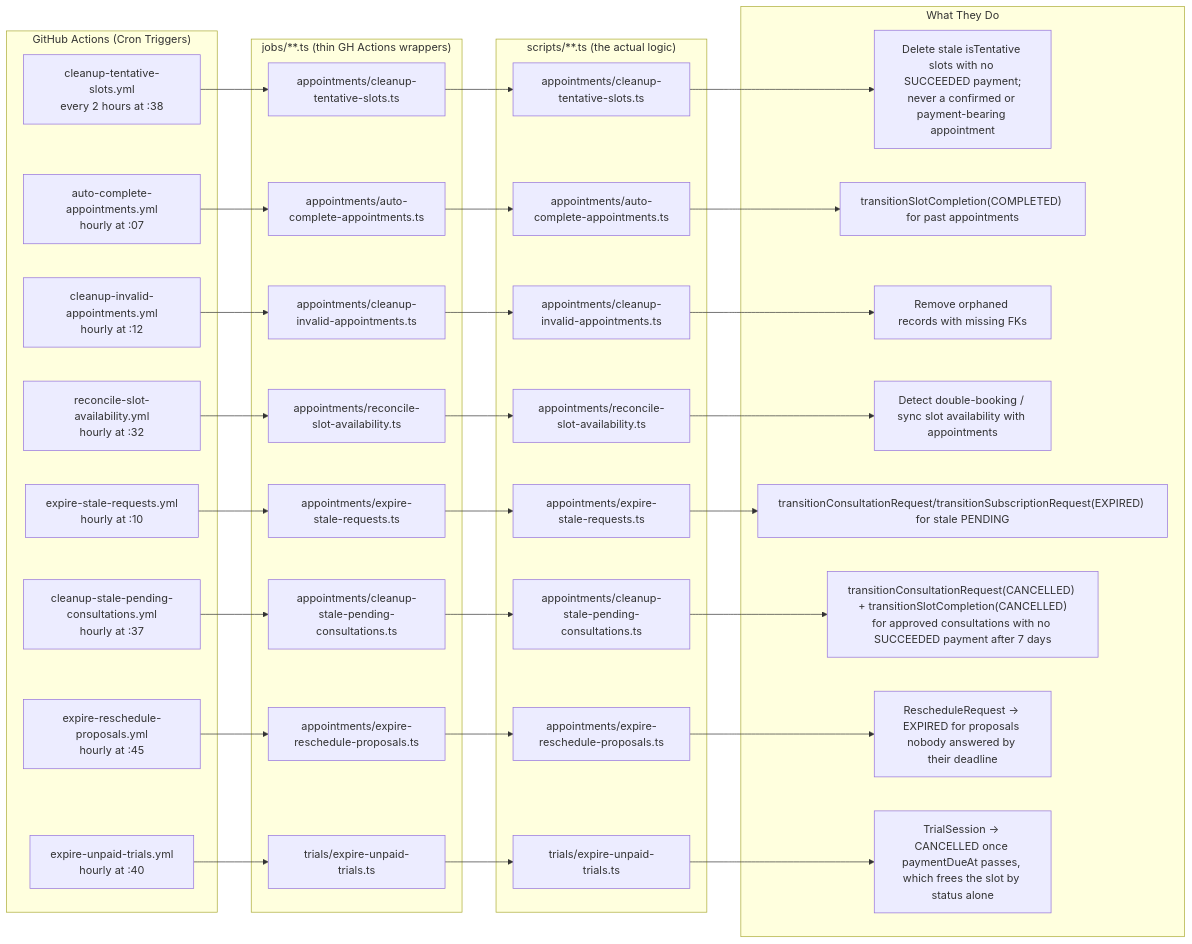
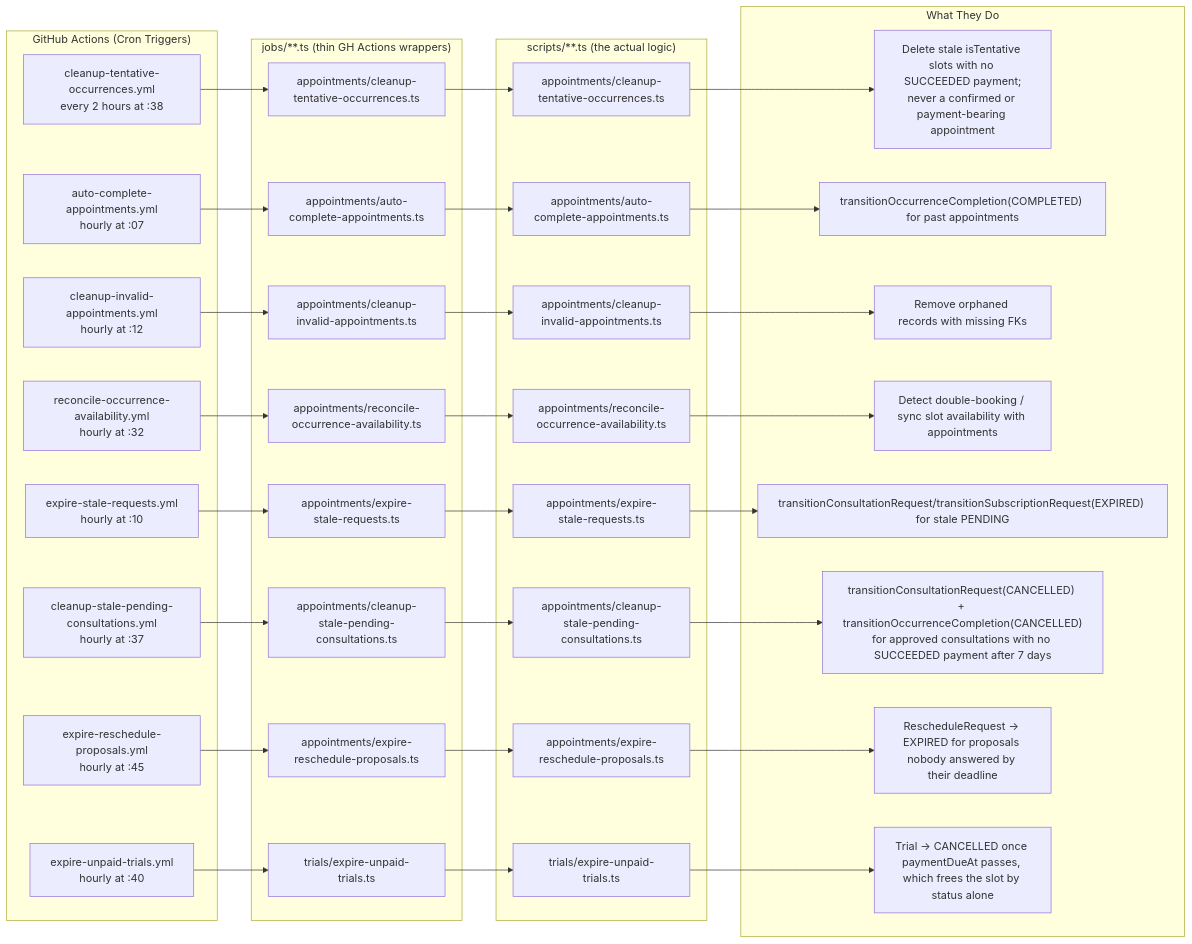
The fifth of 6 diagrams in docs/booking/06-dependency-graphs.md (Practitionist/familiarise_web), drawn with Mermaid before and after one commit. The commit also changed other lines of this file and 107 other files, not shown here.

Commit message:
docs(vocabulary): the scheduling glossary, booking, feedback, support, stream and review docs speak AppointmentOccurrence, Meeting and Trial (#1554)

````diff
--- a/docs/booking/06-dependency-graphs.md
+++ b/docs/booking/06-dependency-graphs.md
@@ -231,55 +231,55 @@
 ```mermaid
 flowchart LR
   subgraph triggers ["GitHub Actions (Cron Triggers)"]
-    GH1["cleanup-tentative-slots.yml\nevery 2 hours at :38"]
+    GH1["cleanup-tentative-occurrences.yml\nevery 2 hours at :38"]
     GH2["auto-complete-appointments.yml\nhourly at :07"]
     GH3["cleanup-invalid-appointments.yml\nhourly at :12"]
-    GH4["reconcile-slot-availability.yml\nhourly at :32"]
+    GH4["reconcile-occurrence-availability.yml\nhourly at :32"]
     GH5["expire-stale-requests.yml\nhourly at :10"]
     GH6["cleanup-stale-pending-consultations.yml\nhourly at :37"]
     GH7["expire-reschedule-proposals.yml\nhourly at :45"]
     GH8["expire-unpaid-trials.yml\nhourly at :40"]
   end
 
   subgraph jobs ["jobs/**.ts (thin GH Actions wrappers)"]
-    J1["appointments/cleanup-tentative-slots.ts"]
+    J1["appointments/cleanup-tentative-occurrences.ts"]
     J2["appointments/auto-complete-appointments.ts"]
     J3["appointments/cleanup-invalid-appointments.ts"]
-    J4["appointments/reconcile-slot-availability.ts"]
+    J4["appointments/reconcile-occurrence-availability.ts"]
     J5["appointments/expire-stale-requests.ts"]
     J6["appointments/cleanup-stale-pending-consultations.ts"]
     J7["appointments/expire-reschedule-proposals.ts"]
     J8["trials/expire-unpaid-trials.ts"]
   end
 
   subgraph scripts ["scripts/**.ts (the actual logic)"]
-    S1["appointments/cleanup-tentative-slots.ts"]
+    S1["appointments/cleanup-tentative-occurrences.ts"]
     S2["appointments/auto-complete-appointments.ts"]
     S3["appointments/cleanup-invalid-appointments.ts"]
-    S4["appointments/reconcile-slot-availability.ts"]
+    S4["appointments/reconcile-occurrence-availability.ts"]
     S5["appointments/expire-stale-requests.ts"]
     S6["appointments/cleanup-stale-pending-consultations.ts"]
     S7["appointments/expire-reschedule-proposals.ts"]
     S8["trials/expire-unpaid-trials.ts"]
   end
 
   subgraph cleanup_actions ["What They Do"]
     A1["Delete stale isTentative slots with no SUCCEEDED payment;\nnever a confirmed or payment-bearing appointment"]
-    A2["transitionSlotCompletion(COMPLETED) for past appointments"]
+    A2["transitionOccurrenceCompletion(COMPLETED) for past appointments"]
     A3["Remove orphaned records with missing FKs"]
     A4["Detect double-booking / sync slot availability with appointments"]
     A5["transitionConsultationRequest/transitionSubscriptionRequest(EXPIRED) for stale PENDING"]
-    A6["transitionConsultationRequest(CANCELLED) + transitionSlotCompletion(CANCELLED)\nfor approved consultations with no SUCCEEDED payment after 7 days"]
+    A6["transitionConsultationRequest(CANCELLED) + transitionOccurrenceCompletion(CANCELLED)\nfor approved consultations with no SUCCEEDED payment after 7 days"]
     A7["RescheduleRequest -> EXPIRED for proposals nobody answered by their deadline"]
-    A8["TrialSession -> CANCELLED once paymentDueAt passes, which frees the slot by status alone"]
+    A8["Trial -> CANCELLED once paymentDueAt passes, which frees the slot by status alone"]
   end
 
   GH1 --> J1 --> S1 --> A1
   GH2 --> J2 --> S2 --> A2
   GH3 --> J3 --> S3 --> A3
   GH4 --> J4 --> S4 --> A4
   GH5 --> J5 --> S5 --> A5
   GH6 --> J6 --> S6 --> A6
   GH7 --> J7 --> S7 --> A7
   GH8 --> J8 --> S8 --> A8
 ```
````
